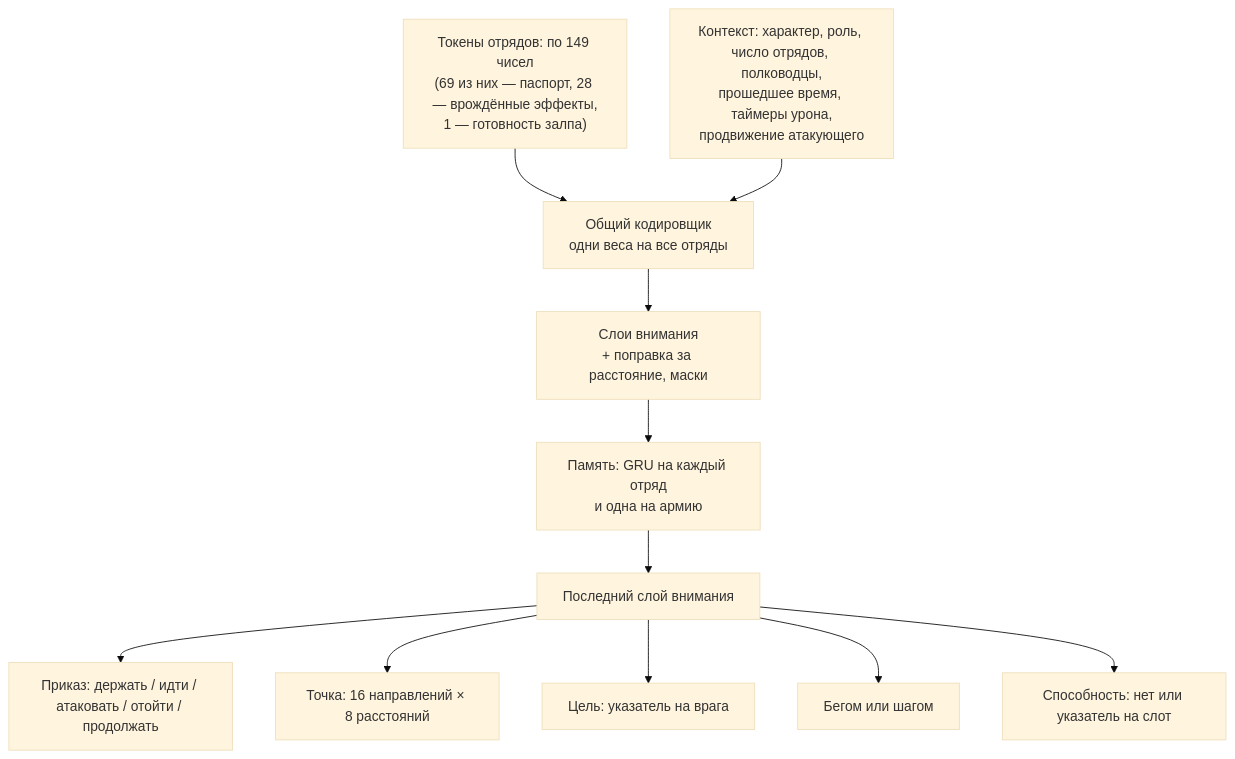
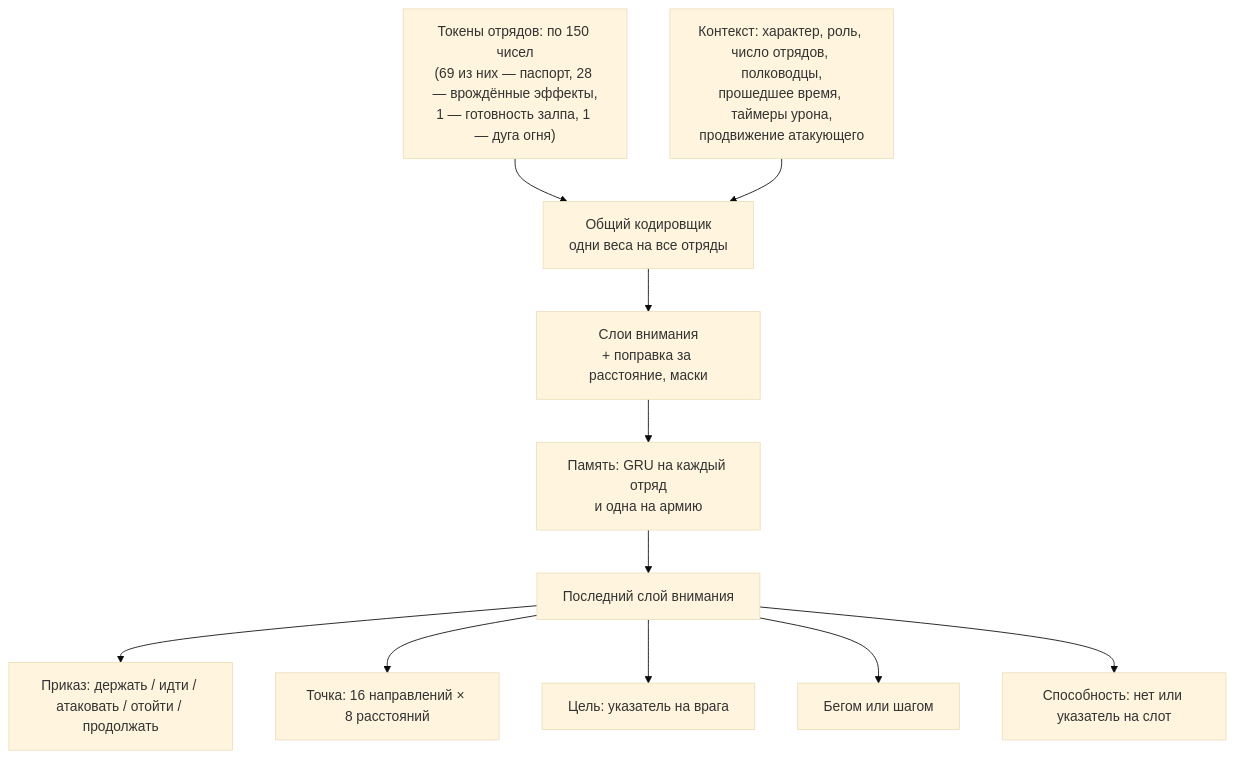
One commit to DimaZero7/TWW3-batle-ai changed the second of 2 diagrams in docs/ru/training/model.md. Above: the diagram before and after it, drawn with Mermaid (base theme). The commit also changed other lines of this file and 37 other files, not shown here.

````diff
--- a/docs/ru/training/model.md
+++ b/docs/ru/training/model.md
@@ -209,13 +223,13 @@
 ```mermaid
 flowchart TB
-  tok["Токены отрядов: по 149 чисел<br/>(69 из них — паспорт, 28 — врождённые эффекты,<br/>1 — готовность залпа)"] --> enc["Общий кодировщик<br/>одни веса на все отряды"]
+  tok["Токены отрядов: по 150 чисел<br/>(69 из них — паспорт, 28 — врождённые эффекты,<br/>1 — готовность залпа, 1 — дуга огня)"] --> enc["Общий кодировщик<br/>одни веса на все отряды"]
   ctx["Контекст: характер, роль, число отрядов, полководцы,<br/>прошедшее время, таймеры урона,<br/>продвижение атакующего"] --> enc
   enc --> att["Слои внимания<br/>+ поправка за расстояние, маски"]
   att --> gru["Память: GRU на каждый отряд<br/>и одна на армию"]
   gru --> last["Последний слой внимания"]
   last --> kind["Приказ: держать / идти / атаковать / отойти / продолжать"]
   last --> point["Точка: 16 направлений × 8 расстояний"]
   last --> ptr["Цель: указатель на врага"]
   last --> run["Бегом или шагом"]
   last --> abil["Способность: нет или указатель на слот"]
 ```
````
